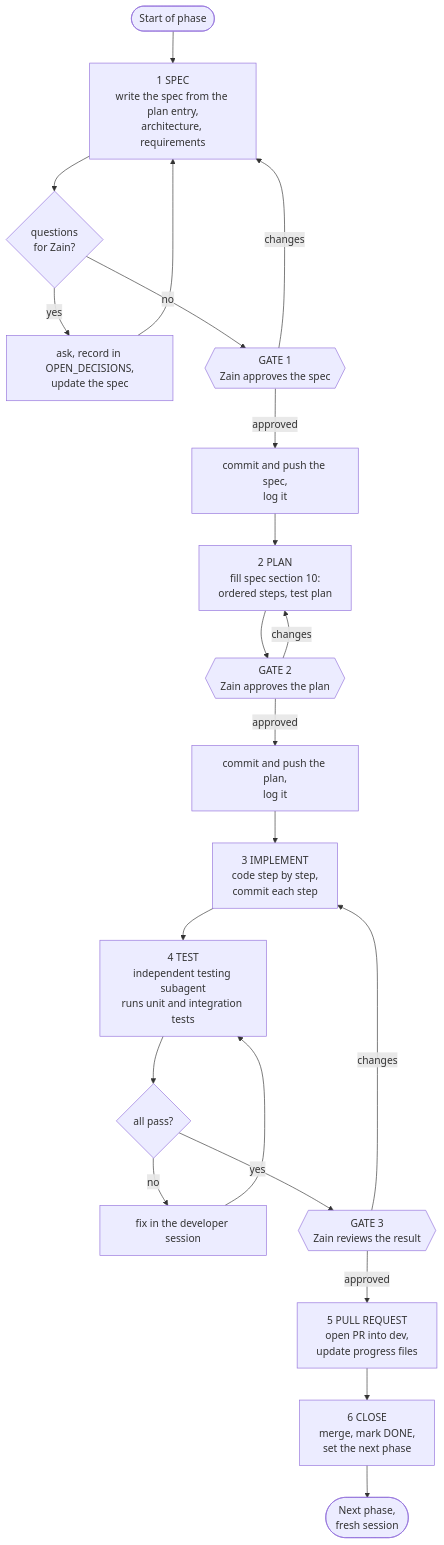
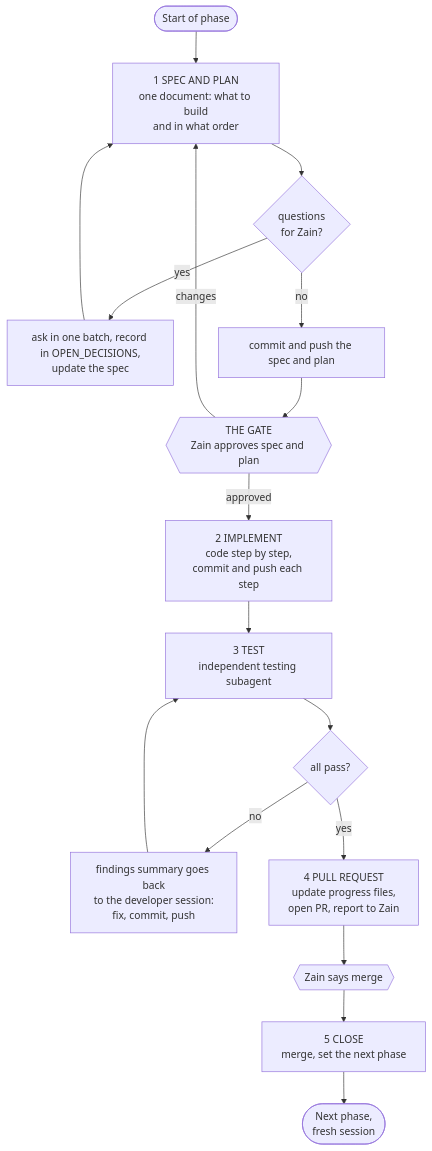
Before and after one commit to Zain-Shykh/RAHBAR-Grounded-RAG: the diagram in docs/WORKFLOW.md, drawn with Mermaid. The commit also changed other lines of this file and 2 other files, not shown here.

Commit message:
docs: simplify workflow to a single approval gate

````diff
--- a/docs/WORKFLOW.md
+++ b/docs/WORKFLOW.md
@@ -18,22 +18,17 @@
 ```mermaid
 flowchart TD
-  s0(["Start of phase"]) --> s1["1 SPEC<br/>write the spec from the plan entry,<br/>architecture, requirements"]
+  s0(["Start of phase"]) --> s1["1 SPEC AND PLAN<br/>one document: what to build<br/>and in what order"]
   s1 --> q1{"questions<br/>for Zain?"}
-  q1 -->|"yes"| a1["ask, record in OPEN_DECISIONS,<br/>update the spec"] --> s1
-  q1 -->|"no"| g1{{"GATE 1<br/>Zain approves the spec"}}
+  q1 -->|"yes"| a1["ask in one batch, record in OPEN_DECISIONS,<br/>update the spec"] --> s1
+  q1 -->|"no"| c1["commit and push the spec and plan"]
+  c1 --> g1{{"THE GATE<br/>Zain approves spec and plan"}}
   g1 -->|"changes"| s1
-  g1 -->|"approved"| c1["commit and push the spec,<br/>log it"]
-  c1 --> s2["2 PLAN<br/>fill spec section 10:<br/>ordered steps, test plan"]
-  s2 --> g2{{"GATE 2<br/>Zain approves the plan"}}
-  g2 -->|"changes"| s2
-  g2 -->|"approved"| c2["commit and push the plan,<br/>log it"]
-  c2 --> s3["3 IMPLEMENT<br/>code step by step,<br/>commit each step"]
-  s3 --> s4["4 TEST<br/>independent testing subagent<br/>runs unit and integration tests"]
-  s4 --> r4{"all pass?"}
-  r4 -->|"no"| f4["fix in the developer session"] --> s4
-  r4 -->|"yes"| g3{{"GATE 3<br/>Zain reviews the result"}}
-  g3 -->|"changes"| s3
-  g3 -->|"approved"| s5["5 PULL REQUEST<br/>open PR into dev,<br/>update progress files"]
-  s5 --> s6["6 CLOSE<br/>merge, mark DONE,<br/>set the next phase"]
-  s6 --> e0(["Next phase,<br/>fresh session"])
+  g1 -->|"approved"| s2["2 IMPLEMENT<br/>code step by step,<br/>commit and push each step"]
+  s2 --> s3["3 TEST<br/>independent testing subagent"]
+  s3 --> r3{"all pass?"}
+  r3 -->|"no"| f3["findings summary goes back<br/>to the developer session:<br/>fix, commit, push"] --> s3
+  r3 -->|"yes"| s4["4 PULL REQUEST<br/>update progress files,<br/>open PR, report to Zain"]
+  s4 --> m4{{"Zain says merge"}}
+  m4 --> s5["5 CLOSE<br/>merge, set the next phase"]
+  s5 --> e0(["Next phase,<br/>fresh session"])
 ```
````
